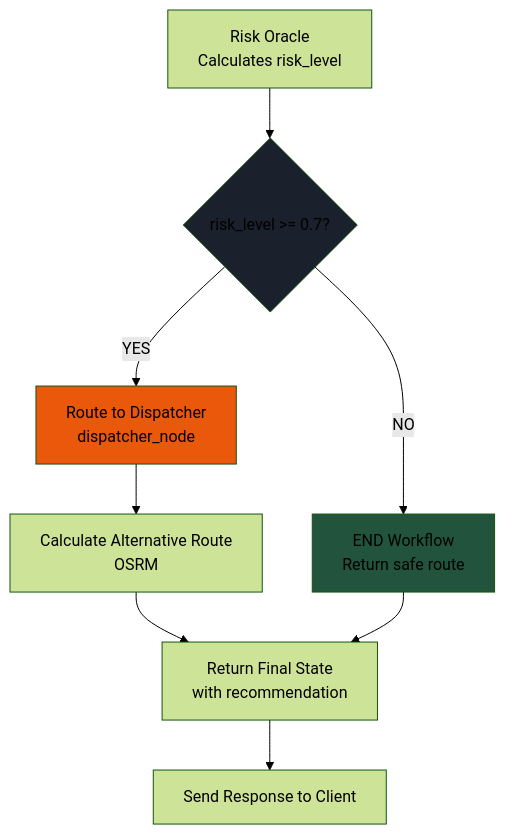
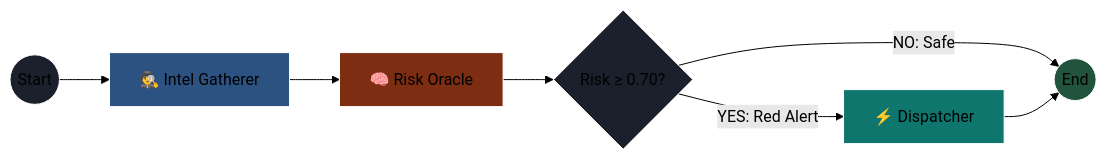
The diagram in README.md (farazmirzax/ApexRoute), drawn with Mermaid (forest theme) before and after one commit. The commit also changed other lines of this file and 9 other files, not shown here.

````diff
--- a/README.md
+++ b/README.md
@@ -520,14 +29,19 @@
 ```mermaid
-graph TD
-    A["Risk Oracle<br/>Calculates risk_level"] --> B{"risk_level >= 0.7?"}
-    B -->|YES| C["Route to Dispatcher<br/>dispatcher_node"]
-    B -->|NO| D["END Workflow<br/>Return safe route"]
-    C --> E["Calculate Alternative Route<br/>OSRM"]
-    E --> F["Return Final State<br/>with recommendation"]
-    D --> F
-    F --> G["Send Response to Client"]
+graph LR
+    A((Start)) --> B[🕵️ Intel Gatherer]
+    B --> C[🧠 Risk Oracle]
     
-    style B fill:#1a202c
-    style C fill:#ea580c
-    style D fill:#22543d
+    C --> D{Risk ≥ 0.70?}
+    
+    D -->|YES: Red Alert| E[⚡ Dispatcher]
+    D -->|NO: Safe| F((End))
+    
+    E --> F
+    
+    style A fill:#1a202c,stroke:#fff
+    style B fill:#2c5282,stroke:#fff
+    style C fill:#7c2d12,stroke:#fff
+    style D fill:#1a202c,stroke:#fff
+    style E fill:#0f766e,stroke:#fff
+    style F fill:#22543d,stroke:#fff
 ```
````
